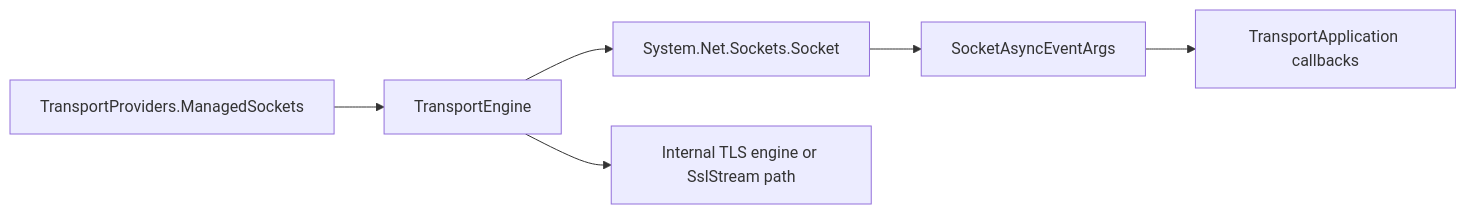
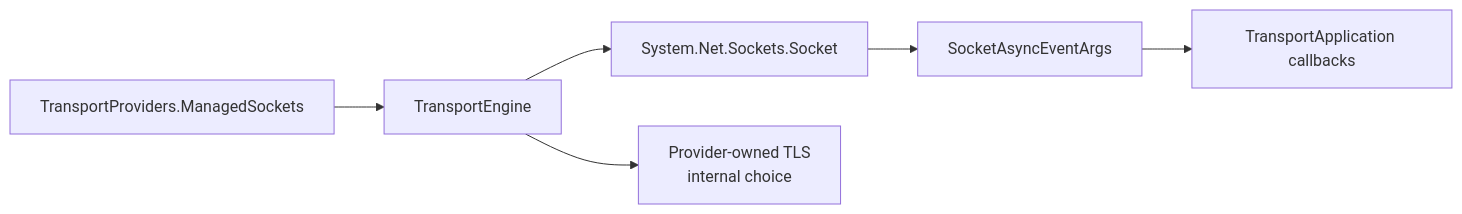
One commit to DeagleGross/Network-Transport-Experiments changed the second of 2 diagrams in api.md. Above: the diagram before and after it, drawn with Mermaid. The commit also changed other lines of this file and 16 other files, not shown here.

````diff
--- a/api.md
+++ b/api.md
@@ -759,15 +751,15 @@
 ```mermaid
 flowchart LR
     Select["TransportProviders.ManagedSockets"]
     Engine["TransportEngine"]
     Socket["System.Net.Sockets.Socket"]
     Saea["SocketAsyncEventArgs"]
     Callbacks["TransportApplication callbacks"]
-    Tls["Internal TLS engine or SslStream path"]
+    Tls["Provider-owned TLS<br/>internal choice"]
 
     Select --> Engine
     Engine --> Socket
     Socket --> Saea
     Saea --> Callbacks
     Engine --> Tls
 ```
````
